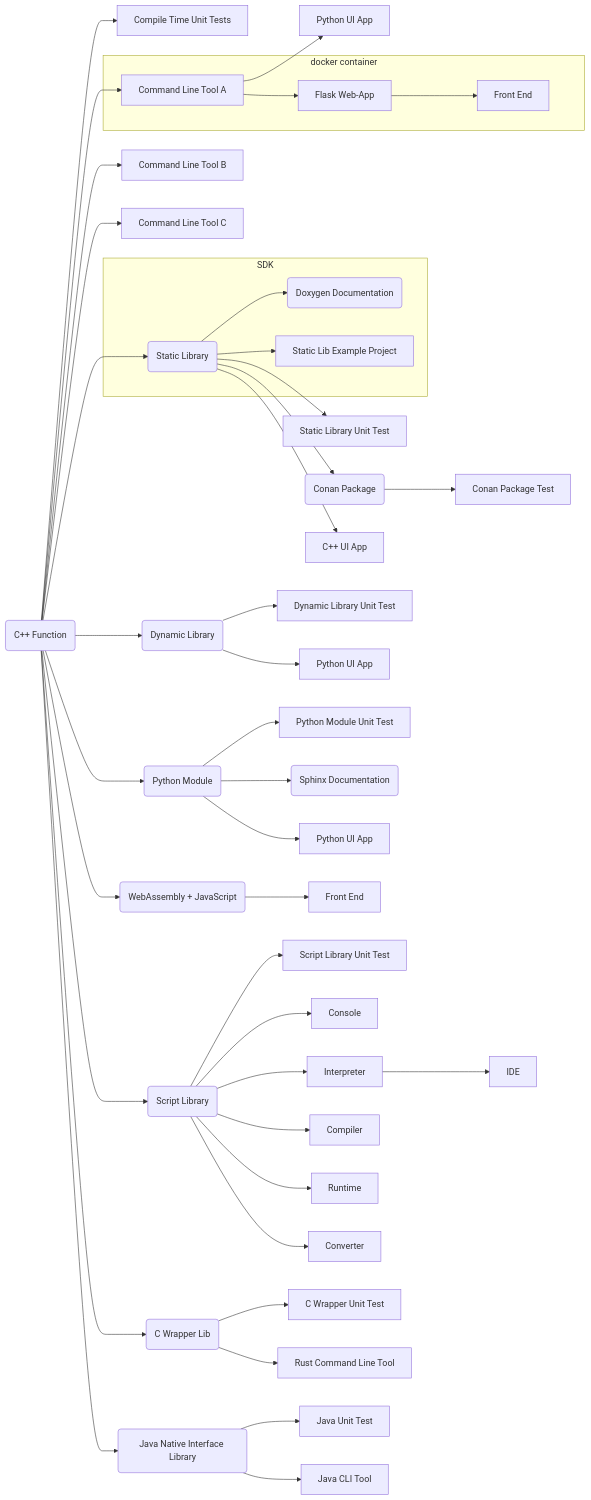
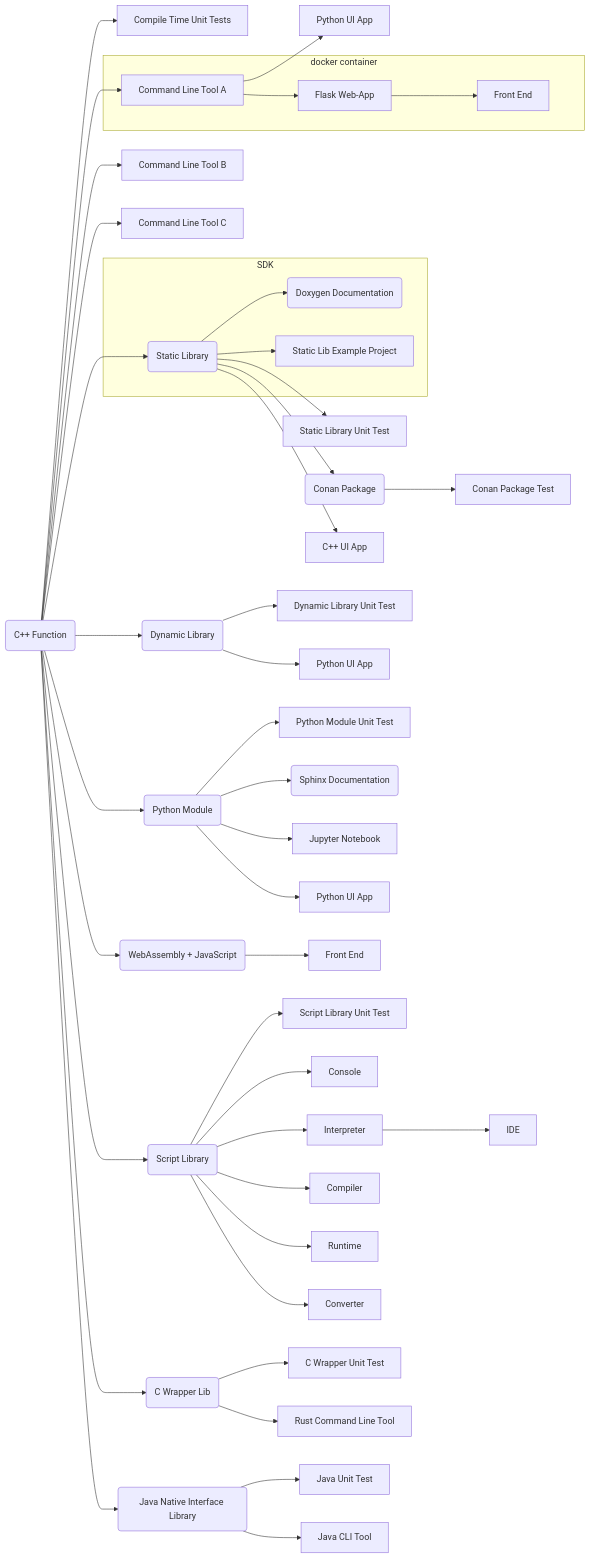
Before and after one commit to SebastianBach/full-stack: the diagram in README.md, drawn with Mermaid. The commit also changed other lines of this file and 6 other files, not shown here.

````diff
--- a/README.md
+++ b/README.md
@@ -52,62 +53,63 @@
 ```mermaid
   flowchart LR;
 
     F(C++ Function) --> CUT[Compile Time Unit Tests];
 
     F --> CLI1[Command Line Tool A]
     F --> CLI2[Command Line Tool B]
     F --> CLI3[Command Line Tool C]
 
     CLI1 --> PYAPP2[Python UI App]
 
     F --> LIB(Static Library)
     
     subgraph SDK
     LIB --> DOXYGEN(Doxygen Documentation)
     LIB --> LIBEX[Static Lib Example Project]
     end
 
     LIB --> LIBTEST[Static Library Unit Test]
     LIB --> C(Conan Package)
 
     LIB --> QTCPP[C++ UI App]
 
     F --> DLL(Dynamic Library)
     DLL --> DLLTEST[Dynamic Library Unit Test]
     DLL --> QTPYDLL[Python UI App]
 
     C --> CT[Conan Package Test]
 
     F --> PY(Python Module)
 
     subgraph docker container
     CLI1 --> SERVER[Flask Web-App]
     SERVER --> FRONT[Front End]
     end
 
     PY --> PYTEST[Python Module Unit Test]
     PY --> SPHINX(Sphinx Documentation)
+    PY --> NOTEBOOK[Jupyter Notebook] 
     PY --> PYAPP[Python UI App]
 
     F --> WASM(WebAssembly + JavaScript)
 
     WASM --> WASMF[Front End]
 
     F --> SCRIPTLIB(Script Library)
 
     SCRIPTLIB --> SCRIPT_TEST[Script Library Unit Test]
     SCRIPTLIB --> SCRIPT_CONSOLE[Console]
     SCRIPTLIB --> SCRIPT_INTERPRETER[Interpreter]
     SCRIPT_INTERPRETER --> SCRIPT_IDE[IDE]
     SCRIPTLIB --> SCRIPT_COMPILER[Compiler]
     SCRIPTLIB --> SCRIPT_RUNTIME[Runtime]
     SCRIPTLIB --> SCRIPT_CONVERT[Converter]
 
     F --> CWRAPPER(C Wrapper Lib)
     CWRAPPER --> CWRAPPER_TEST[C Wrapper Unit Test]
     CWRAPPER --> RUST_APP[Rust Command Line Tool]  
 
     F --> JAVA_LIB(Java Native Interface Library)
     JAVA_LIB --> JAVA_UNIT_TEST[Java Unit Test]  
     JAVA_LIB --> JAVA_APP[Java CLI Tool] 
 ```
````
